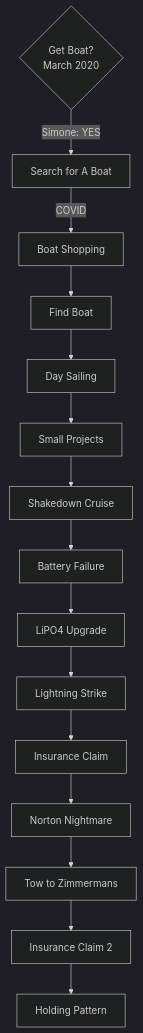
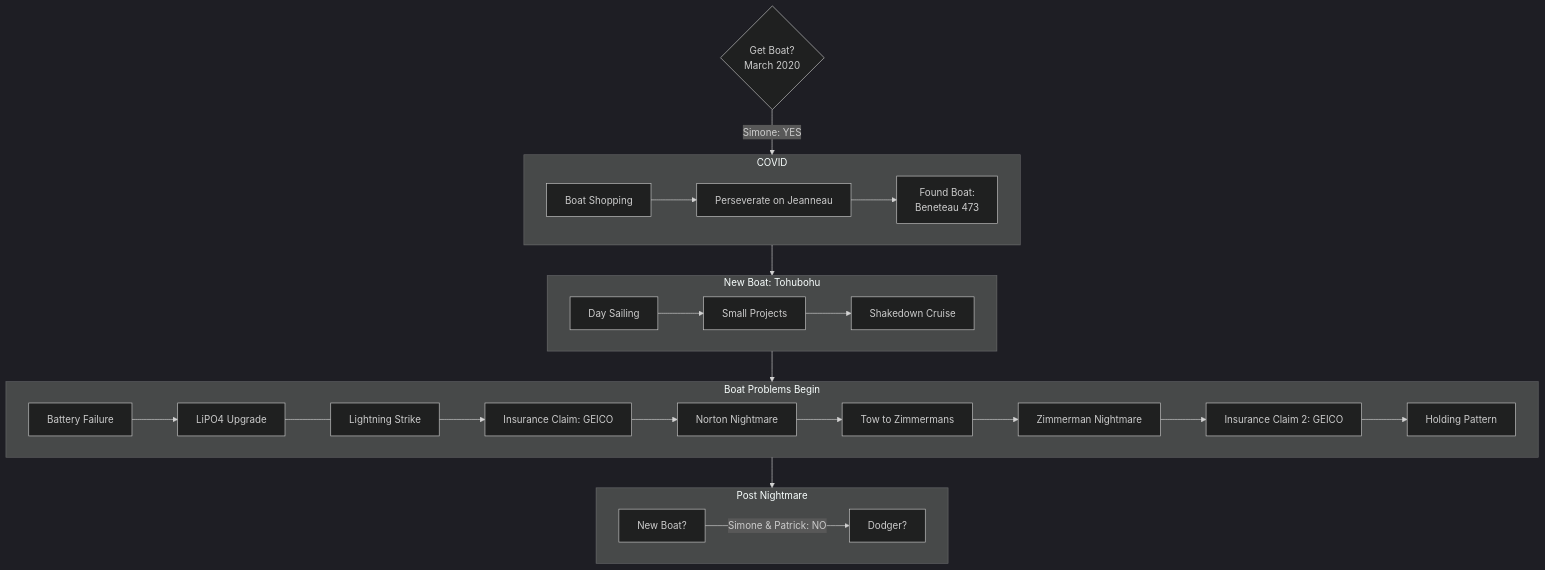
The diagram in plans.qmd (pem725/Tohubohu), drawn with Mermaid (dark theme) before and after one commit. The commit also changed 12 other files, not shown here.

````diff
--- a/plans.qmd
+++ b/plans.qmd
@@ -5,20 +5,43 @@
 ```{mermaid}
-graph TD
-    X{Get Boat?\n March 2020} -->|Simone: YES| A[Search for A Boat]
+flowchart TB
+    X{Get Boat?\n March 2020} -->|Simone: YES| FIND
     
-    A -->|COVID| B[Boat Shopping]
-    B --> C[Find Boat]
-    C --> D[Day Sailing]
-    D --> E[Small Projects]
-    E --> S[Shakedown Cruise]
-    S --> G[Battery Failure]
-    G --> L[LiPO4 Upgrade]
-    L --> Z[Lightning Strike]
-    Z --> Y[Insurance Claim]
-    Y --> N[Norton Nightmare]
-    N --> T[Tow to Zimmermans]
-    T --> U[Insurance Claim 2]
-    U --> V[Holding Pattern]
+    subgraph FIND[COVID]
+      direction LR
+      B[Boat Shopping] --> F1[Perseverate on Jeanneau]
+      F1 --> C[Found Boat:\nBeneteau 473]
+    end
+    
+FIND --> NB
+
+    subgraph NB[New Boat: Tohubohu]
+      direction LR
+      D[Day Sailing]
+      D --> E[Small Projects]
+      E --> S[Shakedown Cruise]
+    end
+
+NB --> BPI
+
+    subgraph BPI[Boat Problems Begin]
+      direction LR
+      G[Battery Failure]
+      G --> L[LiPO4 Upgrade]
+      L --- Z[Lightning Strike]
+      Z --> Y[Insurance Claim: GEICO]
+      Y --> N[Norton Nightmare]
+      N --> T[Tow to Zimmermans]
+      T --> SU[Zimmerman Nightmare]
+      SU --> U[Insurance Claim 2: GEICO]
+      U --> V[Holding Pattern]
+    end
+
+BPI --> PN
+
+    subgraph PN[Post Nightmare]
+      direction LR
+      W[New Boat?] -->|Simone & Patrick: NO| F[Dodger?]
+    end
 
     click A "http://yachtworld.com"
 ```
````
